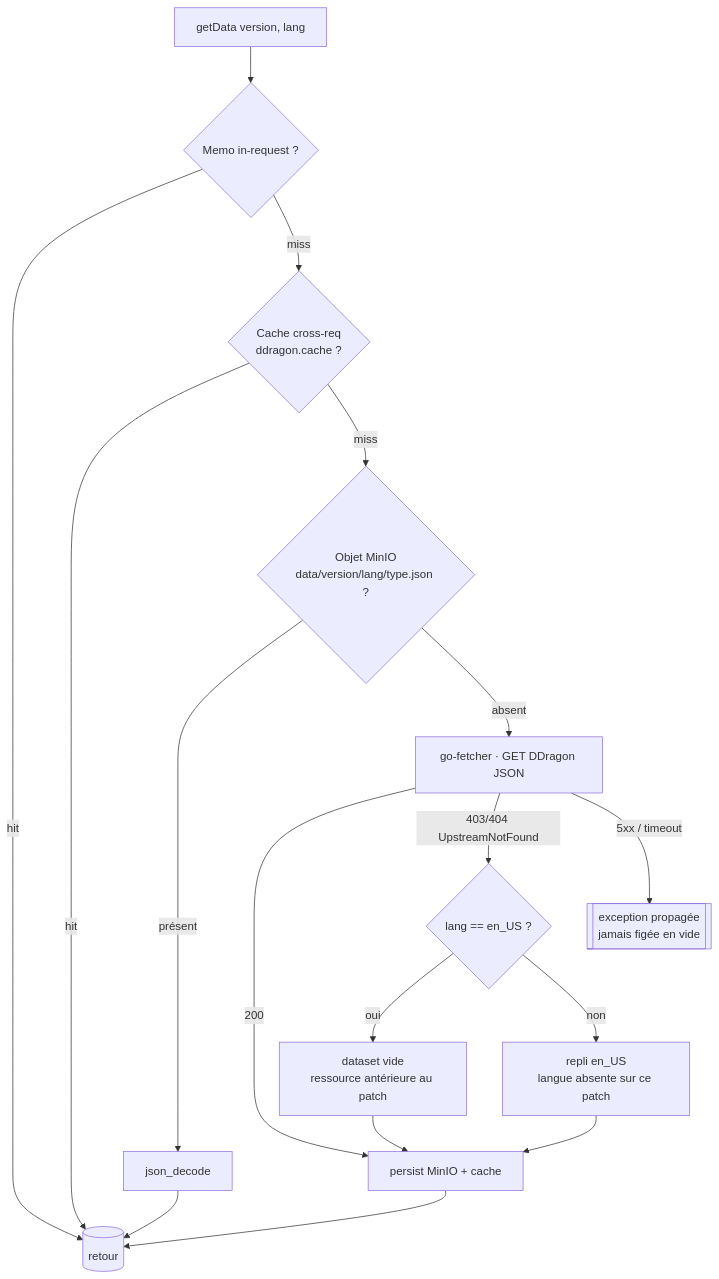
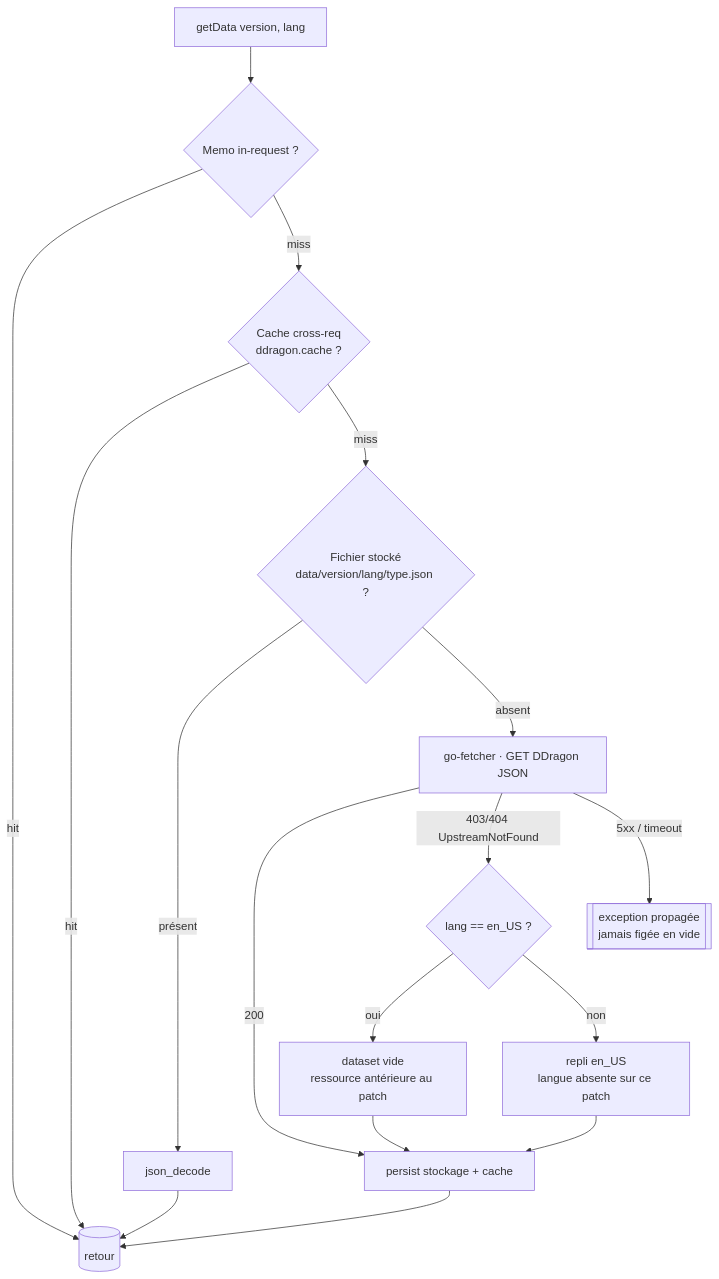
The third of 7 diagrams in README.md (LINDECKER-Charles/LeagueOfDataBaseFinal), drawn with Mermaid before and after one commit. The commit also changed other lines of this file and 109 other files, not shown here.

````diff
--- a/README.md
+++ b/README.md
@@ -308,15 +308,15 @@
 ```mermaid
 flowchart TD
     A[getData version, lang] --> B{Memo in-request ?}
     B -->|hit| Z[(retour)]
     B -->|miss| C{Cache cross-req<br/>ddragon.cache ?}
     C -->|hit| Z
-    C -->|miss| D{Objet MinIO<br/>data/version/lang/type.json ?}
+    C -->|miss| D{Fichier stocké<br/>data/version/lang/type.json ?}
     D -->|présent| E[json_decode] --> Z
     D -->|absent| F[go-fetcher · GET DDragon JSON]
-    F -->|200| G[persist MinIO + cache] --> Z
+    F -->|200| G[persist stockage + cache] --> Z
     F -->|403/404 UpstreamNotFound| H{lang == en_US ?}
     H -->|oui| I[dataset vide<br/>ressource antérieure au patch] --> G
     H -->|non| J[repli en_US<br/>langue absente sur ce patch] --> G
     F -->|5xx / timeout| K[[exception propagée<br/>jamais figée en vide]]
 ```
````
